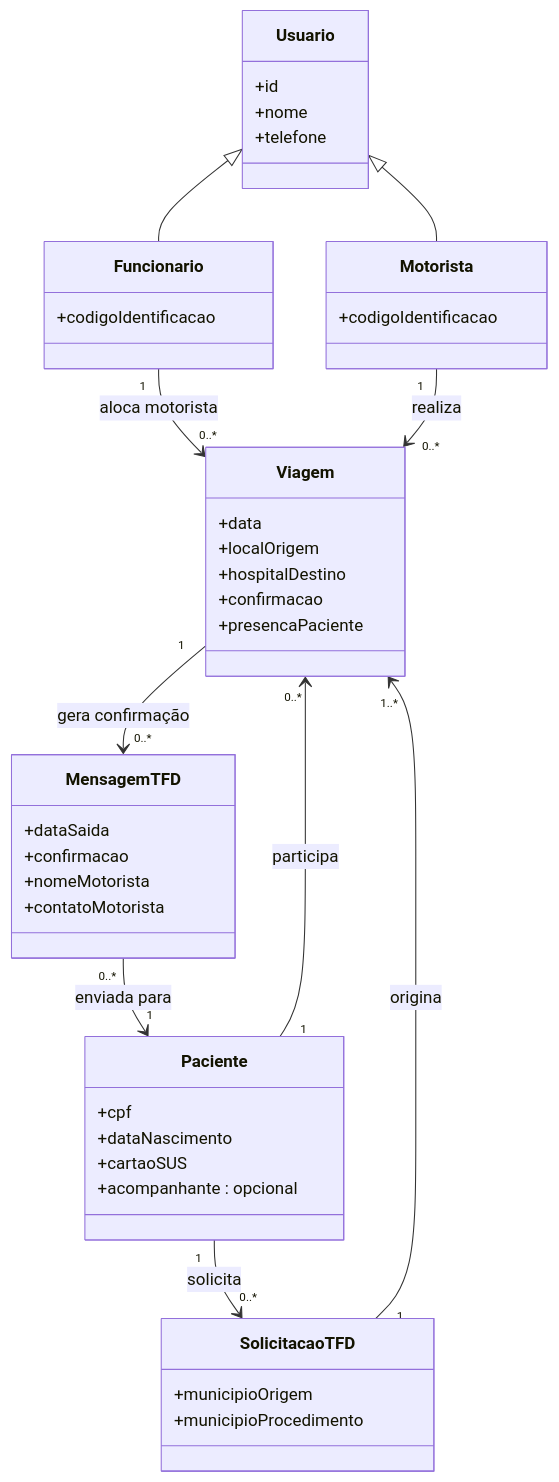
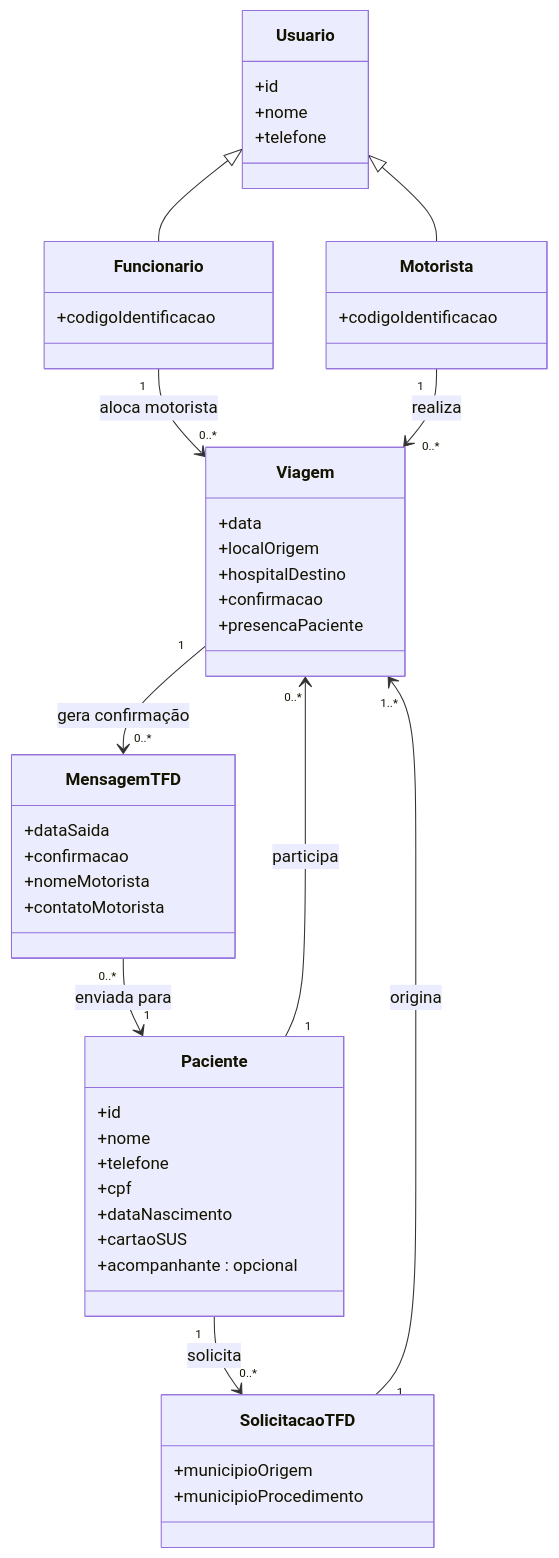
One commit to LhuannyLima/conecta_saude- changed the diagram in docs/diagrama-de-classes.md. Above: the diagram before and after it, drawn with Mermaid. The commit also changed other lines of this file, not shown here.

````diff
--- a/docs/diagrama-de-classes.md
+++ b/docs/diagrama-de-classes.md
@@ -5,55 +5,58 @@
 ```mermaid
 classDiagram
     class Usuario {
         +id
         +nome
         +telefone
     }
 
-    class Paciente {
-        +cpf
-        +dataNascimento
-        +cartaoSUS
-        +acompanhante : opcional
-    }
+   class Paciente {
+    +id
+    +nome
+    +telefone
+    +cpf
+    +dataNascimento
+    +cartaoSUS
+    +acompanhante : opcional
+}
 
     class Motorista {
         +codigoIdentificacao
     }
 
     class Funcionario {
         +codigoIdentificacao
     }
 
 
     class SolicitacaoTFD {
         +municipioOrigem
         +municipioProcedimento
     }
 
     class Viagem {
         +data
         +localOrigem
         +hospitalDestino
         +confirmacao
         +presencaPaciente
     }
 
     class MensagemTFD {
         +dataSaida
         +confirmacao
         +nomeMotorista
         +contatoMotorista
     }
 
     Usuario <|-- Motorista
     Usuario <|-- Funcionario
 
     Paciente "1" --> "0..*" SolicitacaoTFD : solicita
     SolicitacaoTFD "1" --> "1..*" Viagem : origina
     Funcionario "1" --> "0..*" Viagem : aloca motorista
     Motorista "1" --> "0..*" Viagem : realiza
     Paciente "1" --> "0..*" Viagem : participa
     Viagem "1" --> "0..*" MensagemTFD : gera confirmação
     MensagemTFD "0..*" --> "1" Paciente : enviada para
 ```
````
